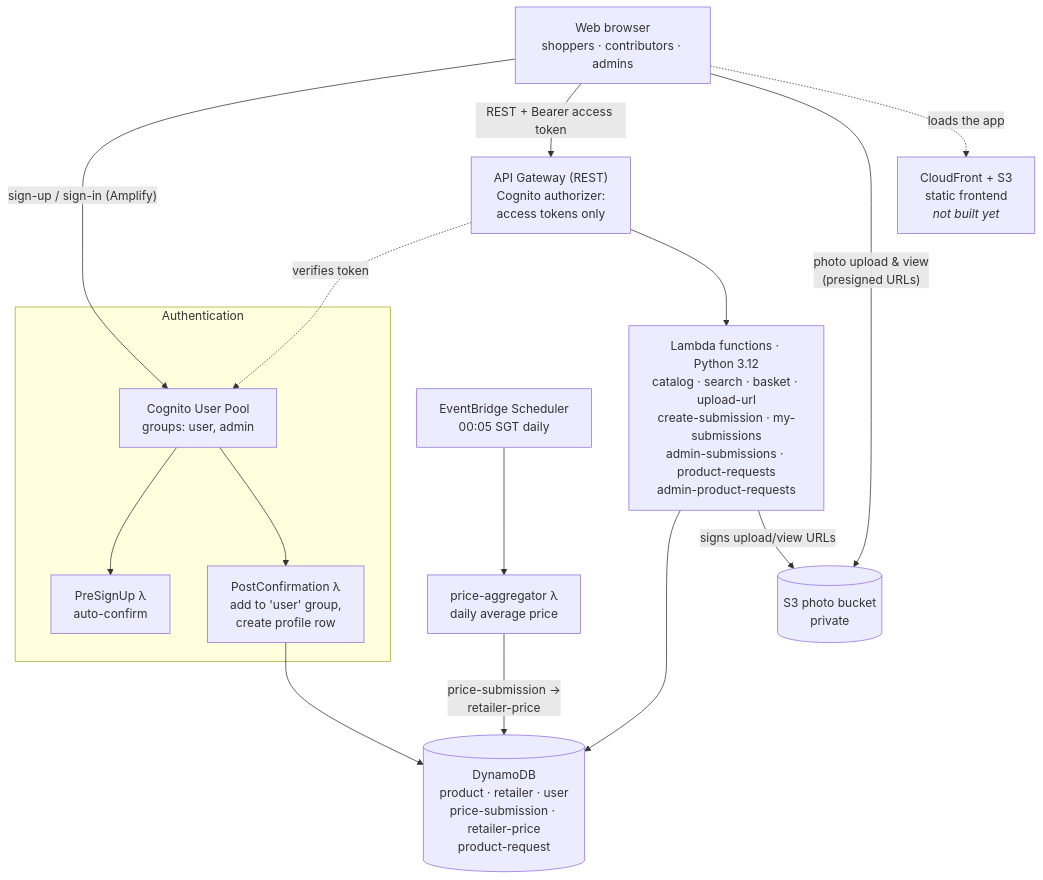
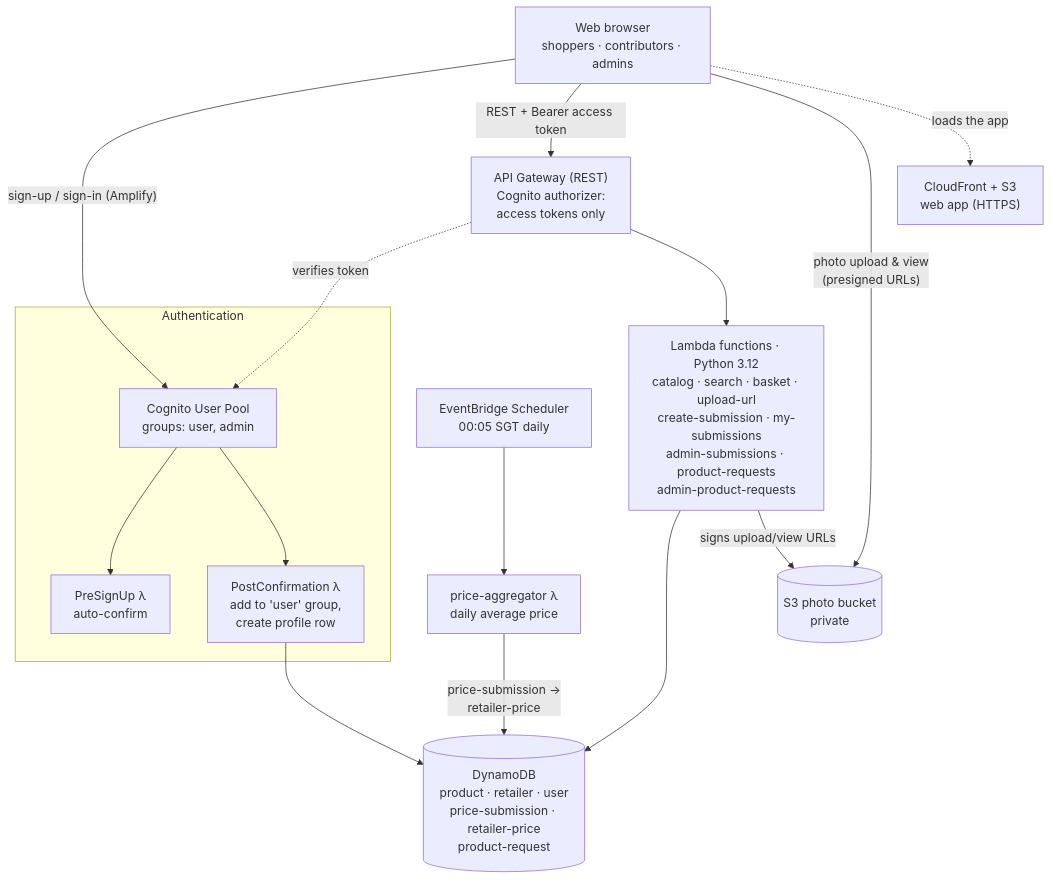
One commit to Gareth2-YS/TrolleySaver changed the first of 7 diagrams in docs/architecture/ARCHITECTURE.md. Above: the diagram before and after it, drawn with Mermaid. The commit also changed other lines of this file and 39 other files, not shown here.

````diff
--- a/docs/architecture/ARCHITECTURE.md
+++ b/docs/architecture/ARCHITECTURE.md
@@ -18,32 +18,32 @@
 ```mermaid
 flowchart TB
     B["Web browser<br/>shoppers · contributors · admins"]
 
     subgraph auth["Authentication"]
         C["Cognito User Pool<br/>groups: user, admin"]
         PSU["PreSignUp λ<br/>auto-confirm"]
         PCF["PostConfirmation λ<br/>add to 'user' group,<br/>create profile row"]
     end
 
     API["API Gateway (REST)<br/>Cognito authorizer:<br/>access tokens only"]
     L["Lambda functions · Python 3.12<br/>catalog · search · basket · upload-url<br/>create-submission · my-submissions<br/>admin-submissions · product-requests<br/>admin-product-requests"]
     D[("DynamoDB<br/>product · retailer · user<br/>price-submission · retailer-price<br/>product-request")]
     S["EventBridge Scheduler<br/>00:05 SGT daily"]
     AG["price-aggregator λ<br/>daily average price"]
     P[("S3 photo bucket<br/>private")]
-    CF["CloudFront + S3<br/>static frontend<br/><i>not built yet</i>"]
+    CF["CloudFront + S3<br/>web app (HTTPS)"]
 
     B -- "sign-up / sign-in (Amplify)" --> C
     C --> PSU
     C --> PCF
     PCF --> D
     B -- "REST + Bearer access token" --> API
     API -. "verifies token" .-> C
     API --> L
     L --> D
     S --> AG
     AG -- "price-submission →<br/>retailer-price" --> D
     L -- "signs upload/view URLs" --> P
     B -- "photo upload & view<br/>(presigned URLs)" --> P
     B -. "loads the app" .-> CF
 ```
````
